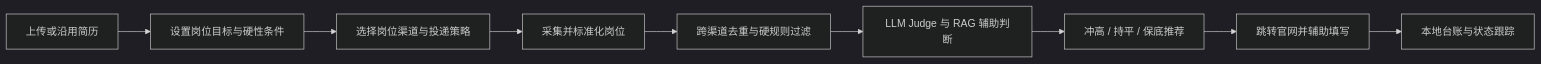
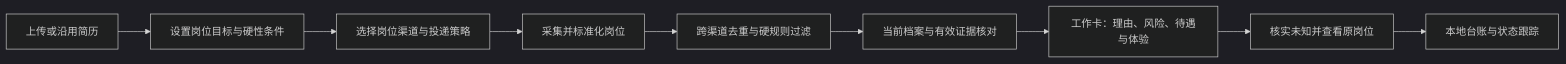
Before and after one commit to dailaor/job-agent: the first of 2 diagrams in README.md, drawn with Mermaid (dark theme). The commit also changed other lines of this file and 52 other files, not shown here.

````diff
--- a/README.md
+++ b/README.md
@@ -19,11 +49,11 @@
 ```mermaid
 flowchart LR
     A["上传或沿用简历"] --> B["设置岗位目标与硬性条件"]
     B --> C["选择岗位渠道与投递策略"]
     C --> D["采集并标准化岗位"]
     D --> E["跨渠道去重与硬规则过滤"]
-    E --> F["LLM Judge 与 RAG 辅助判断"]
-    F --> G["冲高 / 持平 / 保底推荐"]
-    G --> H["跳转官网并辅助填写"]
+    E --> F["当前档案与有效证据核对"]
+    F --> G["工作卡：理由、风险、待遇与体验"]
+    G --> H["核实未知并查看原岗位"]
     H --> I["本地台账与状态跟踪"]
 ```
````
